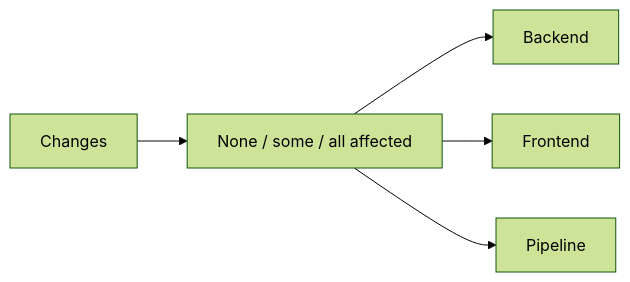
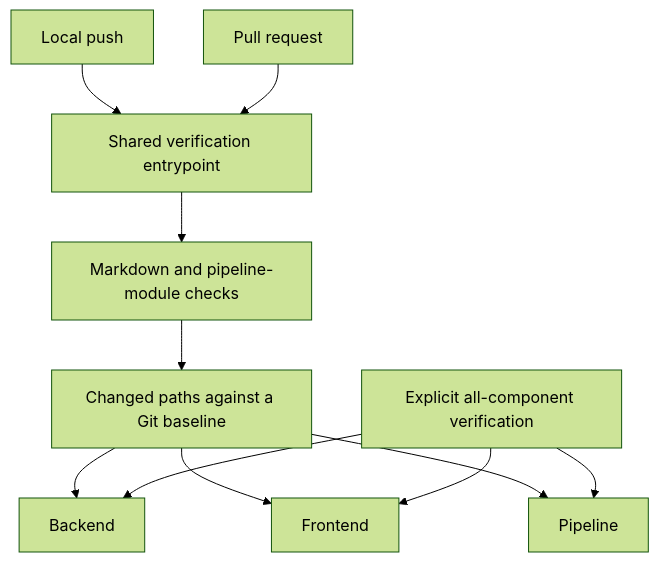
The diagram in ci/specs/design.md (Shepherd-s-Den/photography), drawn with Mermaid (forest theme) before and after one commit. The commit also changed other lines of this file and 23 other files, not shown here.

````diff
--- a/ci/specs/design.md
+++ b/ci/specs/design.md
@@ -9,5 +9,11 @@
 ```mermaid
-flowchart LR
-  Changes --> Selection["None / some / all affected"]
-  Selection --> Backend & Frontend & Pipeline
+flowchart TD
+  Push["Local push"] --> Verify["Shared verification entrypoint"]
+  PR["Pull request"] --> Verify
+  Verify --> Shared["Markdown and pipeline-module checks"]
+  Shared --> Selection["Changed paths against a Git baseline"]
+  Selection --> Backend
+  Selection --> Frontend
+  Selection --> Pipeline
+  All["Explicit all-component verification"] --> Backend & Frontend & Pipeline
 ```
````
